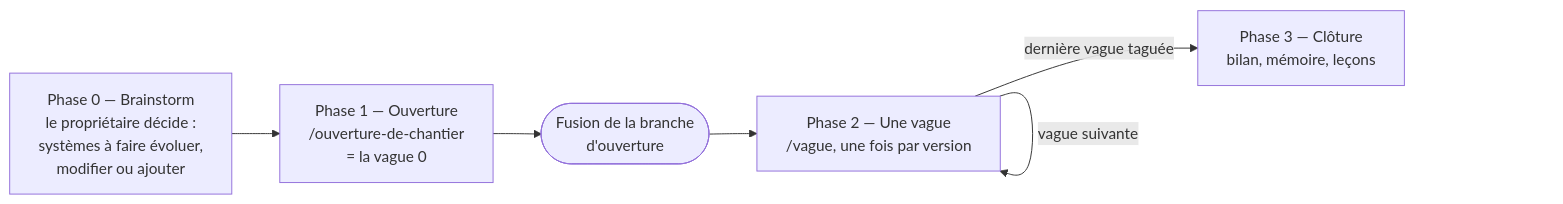
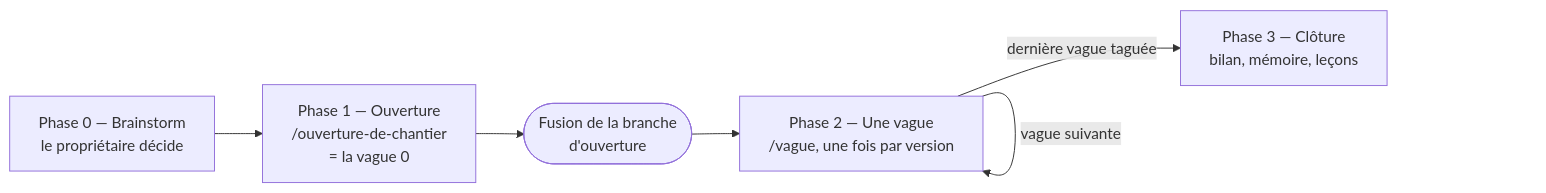
One commit to Hex-Umbra/hero-s-draft changed the first of 7 diagrams in docs/possible_upgrades/07-10-2026_guide_du_workflow_par_vagues.md. Above: the diagram before and after it, drawn with Mermaid. The commit also changed other lines of this file and 4 other files, not shown here.

````diff
--- a/docs/possible_upgrades/07-10-2026_guide_du_workflow_par_vagues.md
+++ b/docs/possible_upgrades/07-10-2026_guide_du_workflow_par_vagues.md
@@ -46,8 +33,8 @@
 ```mermaid
 flowchart LR
-  P0["Phase 0 — Brainstorm<br/>le propriétaire décide :<br/>systèmes à faire évoluer,<br/>modifier ou ajouter"] --> P1["Phase 1 — Ouverture<br/>/ouverture-de-chantier<br/>= la vague 0"]
+  P0["Phase 0 — Brainstorm<br/>le propriétaire décide"] --> P1["Phase 1 — Ouverture<br/>/ouverture-de-chantier<br/>= la vague 0"]
   P1 --> F1(["Fusion de la branche<br/>d'ouverture"])
   F1 --> P2["Phase 2 — Une vague<br/>/vague, une fois par version"]
   P2 -- "vague suivante" --> P2
   P2 -- "dernière vague taguée" --> P3["Phase 3 — Clôture<br/>bilan, mémoire, leçons"]
 ```
````
